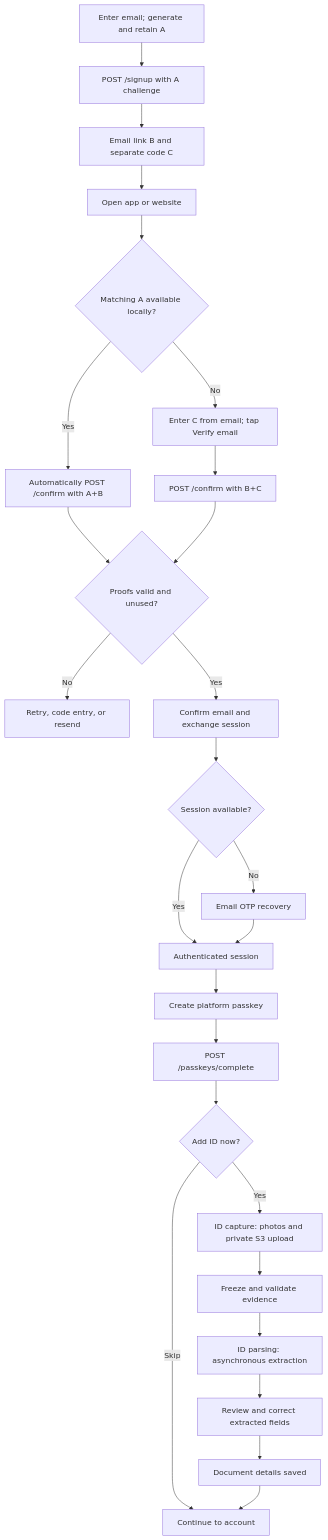
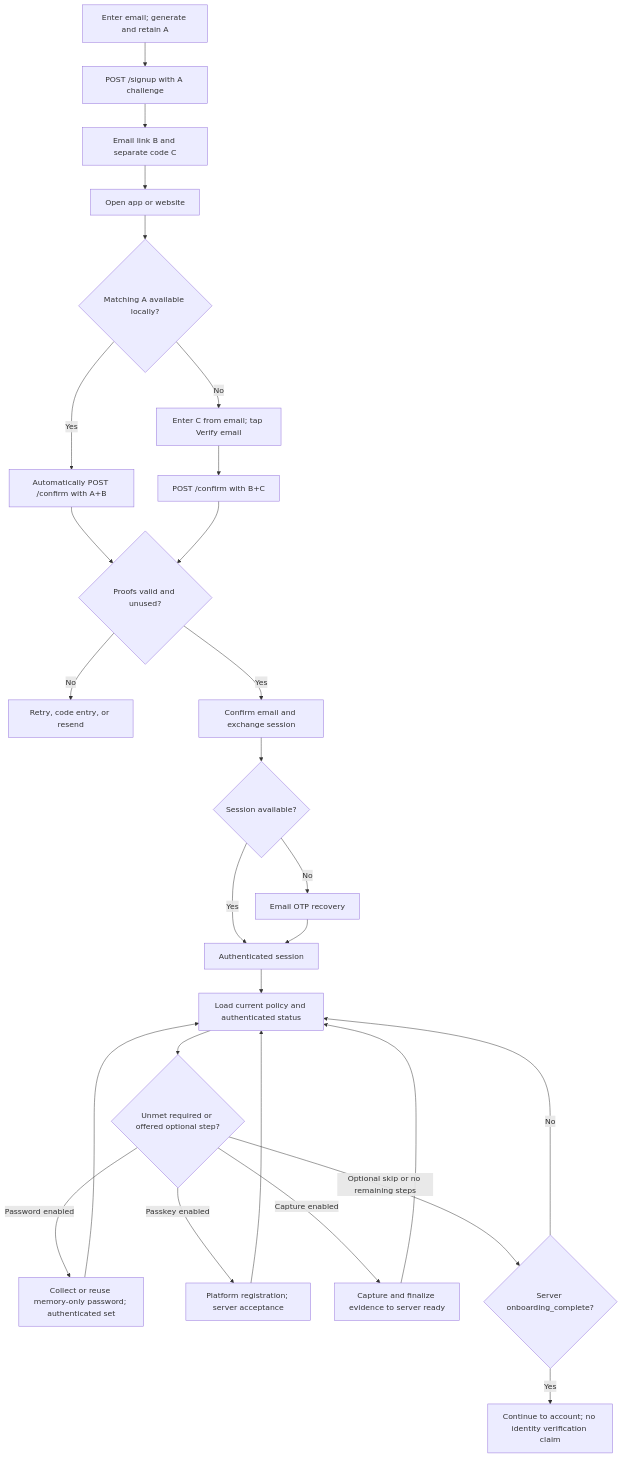
One commit to lambdawalker/design.attestra changed the diagram in auth/onboarding/onboarding-flow.md. Above: the diagram before and after it, drawn with Mermaid. The commit also changed other lines of this file and 15 other files, not shown here.

Commit message:
docs: define configurable onboarding requirements and password policy

````diff
--- a/auth/onboarding/onboarding-flow.md
+++ b/auth/onboarding/onboarding-flow.md
@@ -5,28 +5,29 @@
 ```mermaid
 flowchart TD
     S["Enter email; generate and retain A"] --> T["POST /signup with A challenge"]
     T --> M["Email link B and separate code C"]
     M --> L["Open app or website"]
     L --> D{"Matching A available locally?"}
     D -->|Yes| P["Automatically POST /confirm with A+B"]
     D -->|No| Q["Enter C from email; tap Verify email"]
     Q --> R["POST /confirm with B+C"]
     P --> V{"Proofs valid and unused?"}
     R --> V
     V -->|No| E["Retry, code entry, or resend"]
     V -->|Yes| F["Confirm email and exchange session"]
     F --> G{"Session available?"}
     G -->|No| O["Email OTP recovery"]
     G -->|Yes| H["Authenticated session"]
     O --> H
-    H --> J["Create platform passkey"]
-    J --> K["POST /passkeys/complete"]
-    K --> N{"Add ID now?"}
-    N -->|Skip| Z["Continue to account"]
-    N -->|Yes| C1["ID capture: photos and private S3 upload"]
-    C1 --> C2["Freeze and validate evidence"]
-    C2 --> P1["ID parsing: asynchronous extraction"]
-    P1 --> R1["Review and correct extracted fields"]
-    R1 --> D1["Document details saved"]
-    D1 --> Z
+    H --> J["Load current policy and authenticated status"]
+    J --> K{"Unmet required or offered optional step?"}
+    K -->|Password enabled| W["Collect or reuse memory-only password; authenticated set"]
+    K -->|Passkey enabled| X["Platform registration; server acceptance"]
+    K -->|Capture enabled| C1["Capture and finalize evidence to server ready"]
+    W --> J
+    X --> J
+    C1 --> J
+    K -->|Optional skip or no remaining steps| N{"Server onboarding_complete?"}
+    N -->|Yes| Z["Continue to account; no identity verification claim"]
+    N -->|No| J
 ```
````
